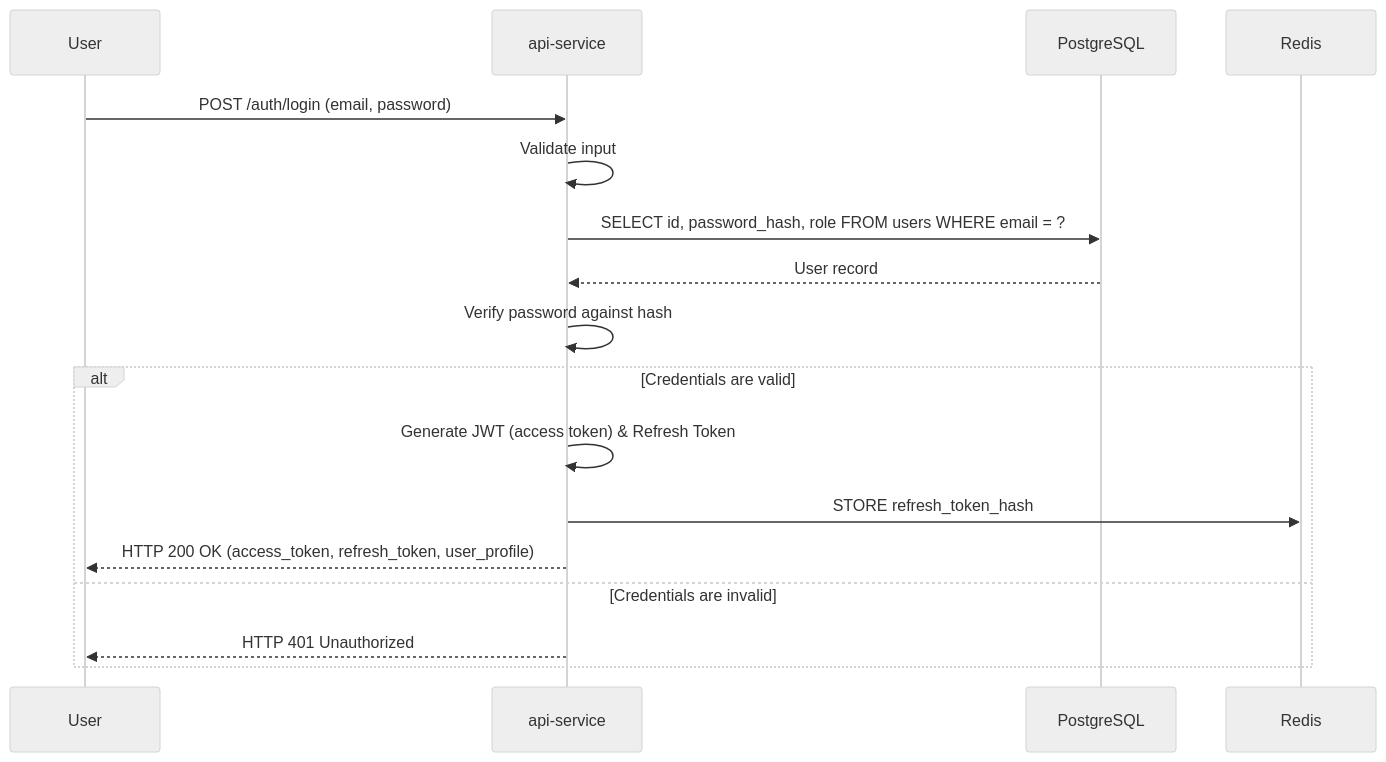
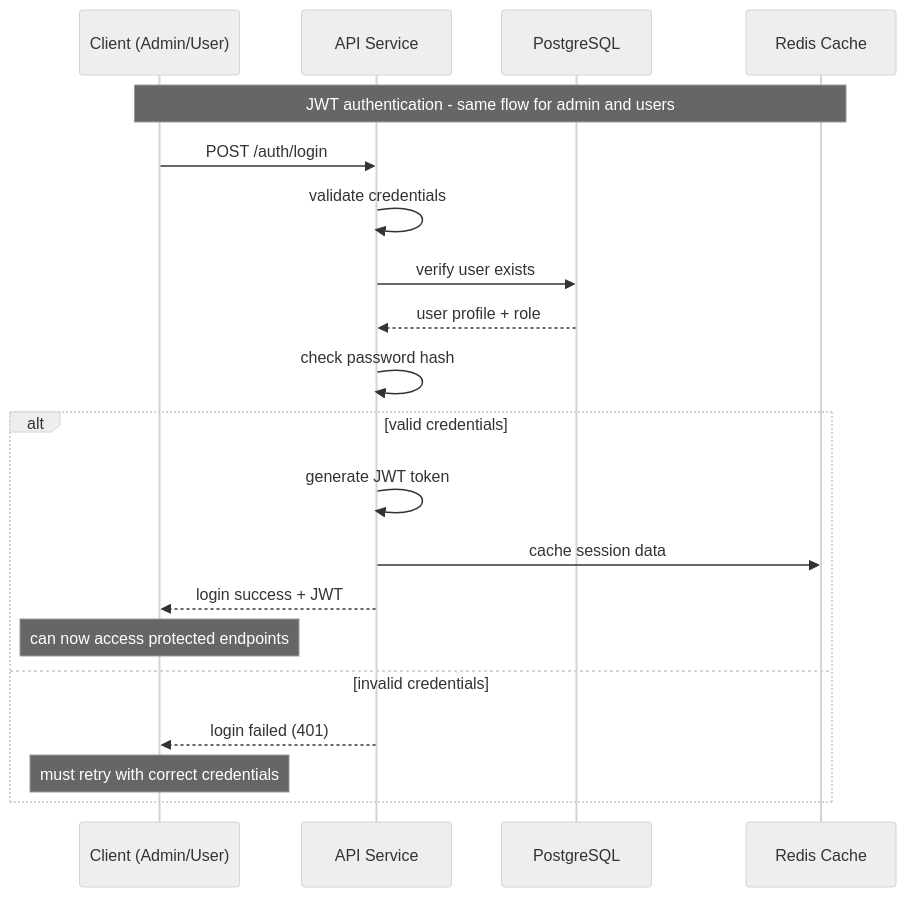
One commit to c3llus/watch-party changed the diagram in docs/sequence-diagram/2-admin-and-user-login.mermaid. Above: the diagram before and after it, drawn with Mermaid (neutral theme). The commit also changed 10 other files, not shown here.

Commit message:
chore(docs): updated erd and sequence diagram to match the current latest version

```diff
--- a/docs/sequence-diagram/2-admin-and-user-login.mermaid
+++ b/docs/sequence-diagram/2-admin-and-user-login.mermaid
@@ -1,18 +1,25 @@
 sequenceDiagram
-    participant U as User
-    participant API as api-service
+    participant Client as Client (Admin/User)
+    participant API as API Service
     participant DB as PostgreSQL
-    participant Cache as Redis
+    participant Redis as Redis Cache
 
-    U->>API: POST /auth/login (email, password)
-    API->>API: Validate input
-    API->>DB: SELECT id, password_hash, role FROM users WHERE email = ?
-    DB-->>API: User record
-    API->>API: Verify password against hash
-    alt Credentials are valid
-        API->>API: Generate JWT (access token) & Refresh Token
-        API->>Cache: STORE refresh_token_hash
-        API-->>U: HTTP 200 OK (access_token, refresh_token, user_profile)
-    else Credentials are invalid
-        API-->>U: HTTP 401 Unauthorized
+    Note over Client, Redis: JWT authentication - same flow for admin and users
+
+    Client->>API: POST /auth/login
+    API->>API: validate credentials
+    API->>DB: verify user exists
+    DB-->>API: user profile + role
+    API->>API: check password hash
+    
+    alt valid credentials
+        API->>API: generate JWT token
+        API->>Redis: cache session data
+        API-->>Client: login success + JWT
+        
+        Note over Client: can now access protected endpoints
+    else invalid credentials
+        API-->>Client: login failed (401)
+        
+        Note over Client: must retry with correct credentials
     end
```
